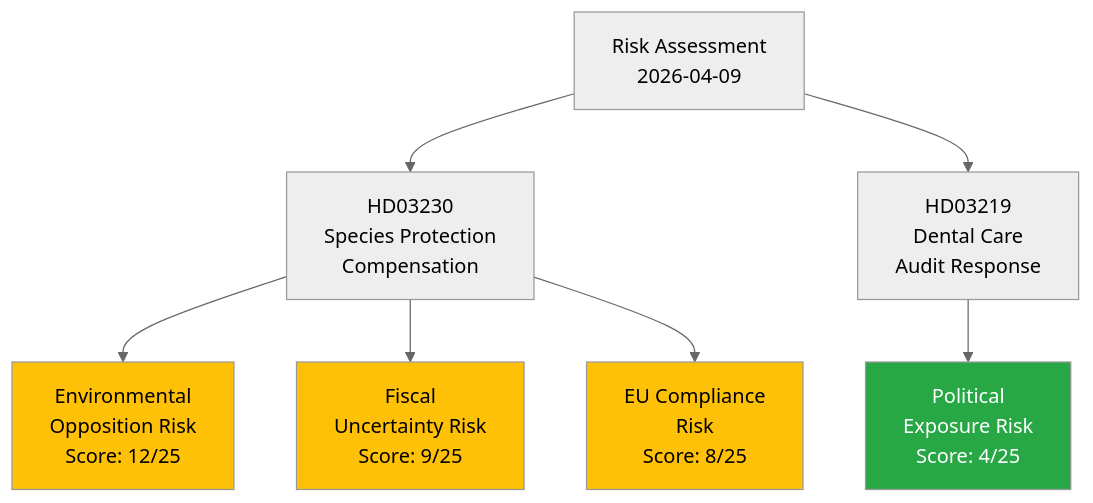
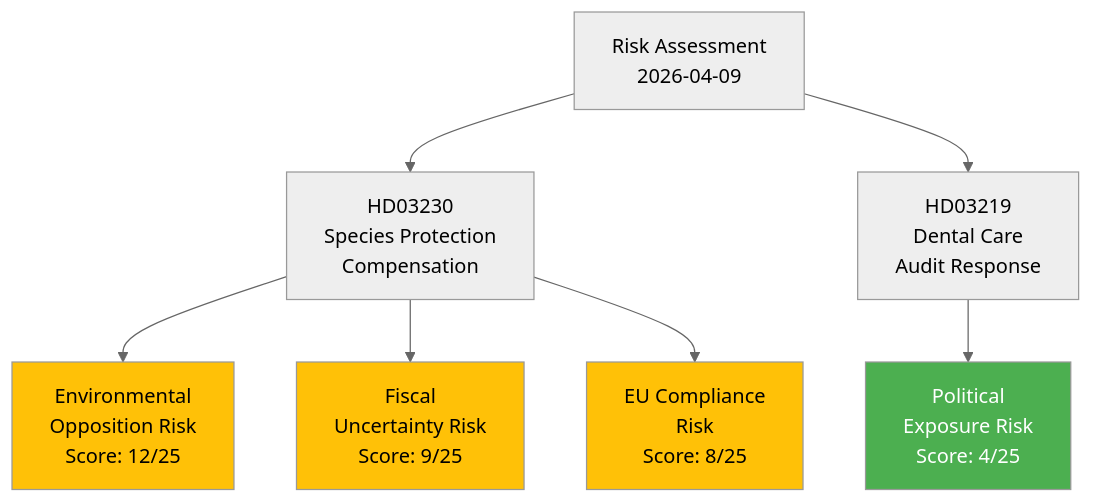
The diagram in analysis/daily/2026-04-09/propositions/risk-assessment.md (Hack23/riksdagsmonitor), drawn with Mermaid (neutral theme) before and after one commit. The commit also changed 785 other files, not shown here.

First line of the commit message:
Normalize mermaid colors across 786 analysis artifacts to ISMS Style Guide palette

````diff
--- a/analysis/daily/2026-04-09/propositions/risk-assessment.md
+++ b/analysis/daily/2026-04-09/propositions/risk-assessment.md
@@ -15,13 +15,13 @@
 ```mermaid
 graph TD
     A["Risk Assessment<br/>2026-04-09"] --> B["HD03230<br/>Species Protection<br/>Compensation"]
     A --> C["HD03219<br/>Dental Care<br/>Audit Response"]
     B --> D["Environmental<br/>Opposition Risk<br/>Score: 12/25"]
     B --> E["Fiscal<br/>Uncertainty Risk<br/>Score: 9/25"]
     B --> F["EU Compliance<br/>Risk<br/>Score: 8/25"]
     C --> G["Political<br/>Exposure Risk<br/>Score: 4/25"]
-    style D fill:#ffc107,color:#000
-    style E fill:#ffc107,color:#000
-    style F fill:#ffc107,color:#000
-    style G fill:#28a745,color:#fff
+    style D fill:#FFC107,color:#000000
+    style E fill:#FFC107,color:#000000
+    style F fill:#FFC107,color:#000000
+    style G fill:#4CAF50,color:#FFFFFF
 ```
````
